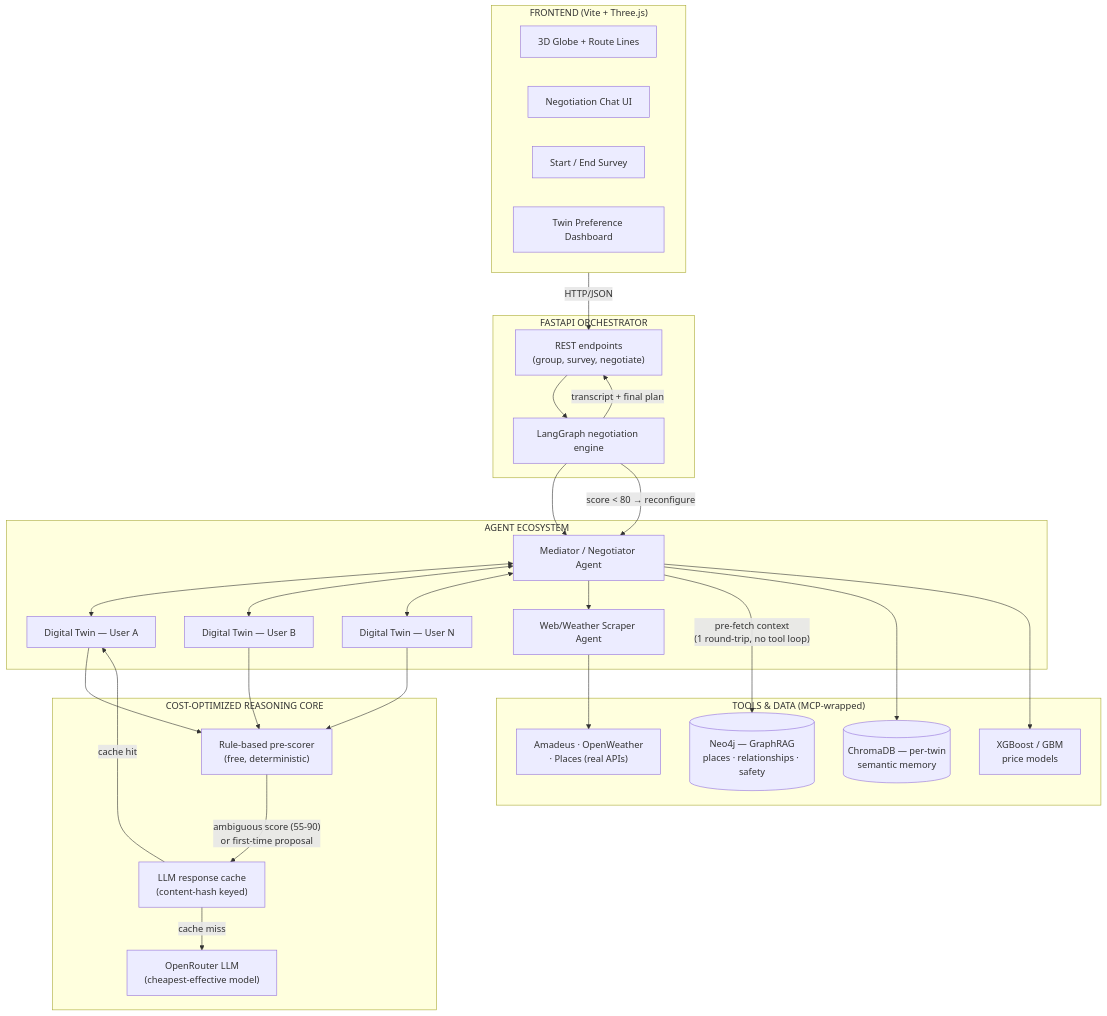
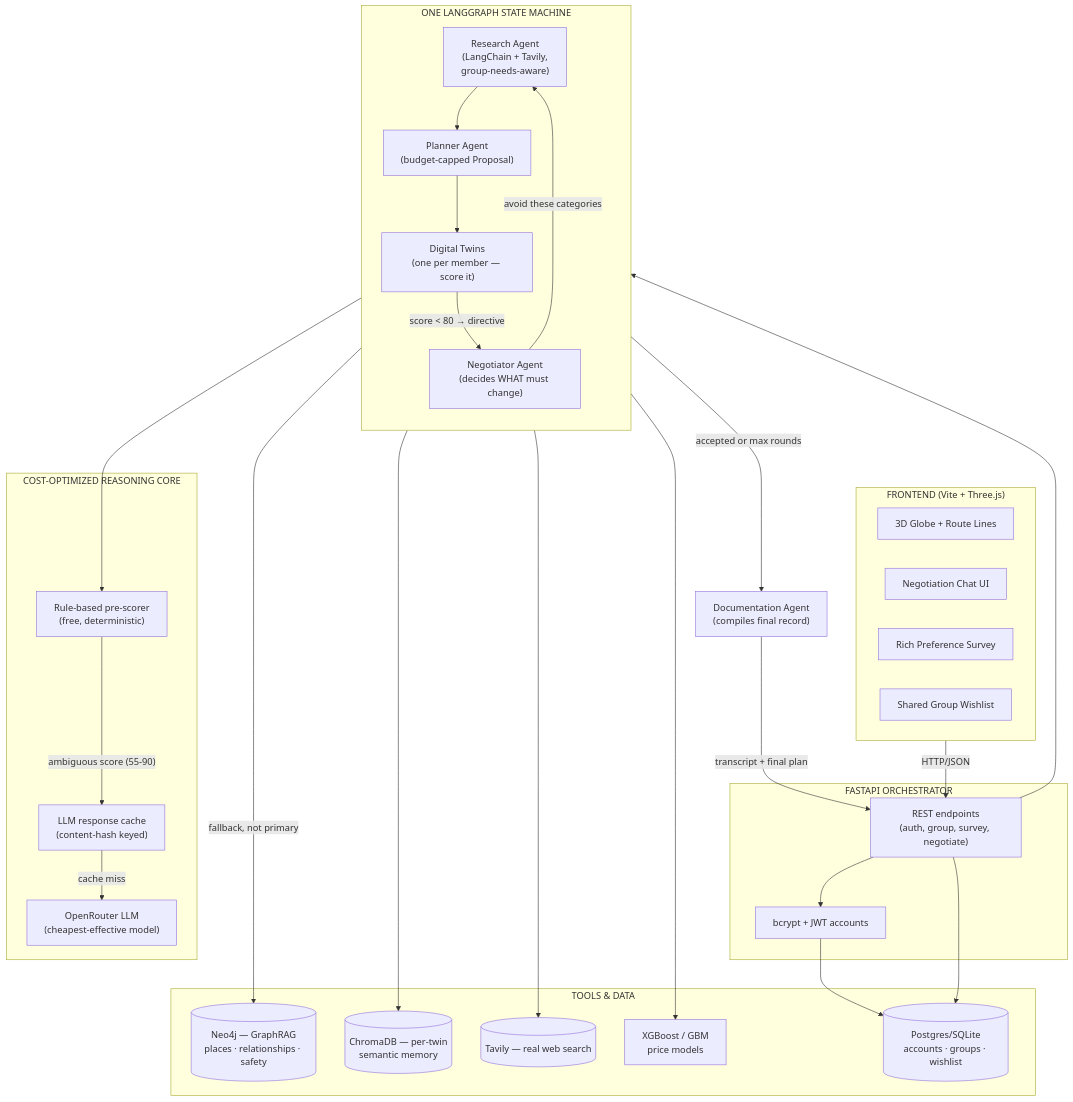
Before and after one commit to dhy-ani/wanderlust-atlas: the diagram in docs/architecture-v2/SYSTEM_ARCHITECTURE.md, drawn with Mermaid. The commit also changed other lines of this file and 16 other files, not shown here.

````diff
--- a/docs/architecture-v2/SYSTEM_ARCHITECTURE.md
+++ b/docs/architecture-v2/SYSTEM_ARCHITECTURE.md
@@ -22,51 +42,56 @@
 ```mermaid
 flowchart TB
     subgraph Client["FRONTEND (Vite + Three.js)"]
         Globe["3D Globe + Route Lines"]
         Chat["Negotiation Chat UI"]
-        Survey["Start / End Survey"]
-        TwinDash["Twin Preference Dashboard"]
+        Survey["Rich Preference Survey"]
+        Wishlist["Shared Group Wishlist"]
     end
 
     subgraph API["FASTAPI ORCHESTRATOR"]
-        REST["REST endpoints\n(group, survey, negotiate)"]
-        Graph["LangGraph negotiation engine"]
+        REST["REST endpoints\n(auth, group, survey, negotiate)"]
+        Auth["bcrypt + JWT accounts"]
     end
 
-    subgraph Agents["AGENT ECOSYSTEM"]
-        Mediator["Mediator / Negotiator Agent"]
-        TwinA["Digital Twin — User A"]
-        TwinB["Digital Twin — User B"]
-        TwinN["Digital Twin — User N"]
-        Scraper["Web/Weather Scraper Agent"]
+    subgraph Graph["ONE LANGGRAPH STATE MACHINE"]
+        direction TB
+        Research["Research Agent\n(LangChain + Tavily,\ngroup-needs-aware)"]
+        Planner["Planner Agent\n(budget-capped Proposal)"]
+        Twins["Digital Twins\n(one per member — score it)"]
+        Negotiator["Negotiator Agent\n(decides WHAT must change)"]
+        Research --> Planner --> Twins
+        Twins -- "score < 80 → directive" --> Negotiator
+        Negotiator -- "avoid these categories" --> Research
     end
+
+    Doc["Documentation Agent\n(compiles final record)"]
 
     subgraph Reasoning["COST-OPTIMIZED REASONING CORE"]
         Rules["Rule-based pre-scorer\n(free, deterministic)"]
         Cache["LLM response cache\n(content-hash keyed)"]
         LLM["OpenRouter LLM\n(cheapest-effective model)"]
     end
 
-    subgraph Data["TOOLS & DATA (MCP-wrapped)"]
+    subgraph Data["TOOLS & DATA"]
         Neo4j[("Neo4j — GraphRAG\nplaces · relationships · safety")]
         Chroma[("ChromaDB — per-twin\nsemantic memory")]
+        Tavily[("Tavily — real web search")]
         ML["XGBoost / GBM\nprice models"]
-        RealAPI["Amadeus · OpenWeather\n· Places (real APIs)"]
+        DB[("Postgres/SQLite\naccounts · groups · wishlist")]
     end
 
     Client -- HTTP/JSON --> REST
+    REST --> Auth
     REST --> Graph
-    Graph --> Mediator
-    Mediator <--> TwinA & TwinB & TwinN
-    Mediator --> Scraper
-    TwinA & TwinB & TwinN --> Rules
-    Rules -- "ambiguous score (55-90)\nor first-time proposal" --> Cache
+    Twins --> Rules
+    Rules -- "ambiguous score (55-90)" --> Cache
     Cache -- "cache miss" --> LLM
-    Cache -- "cache hit" --> TwinA
-    Mediator -- "pre-fetch context\n(1 round-trip, no tool loop)" --> Neo4j
-    Mediator --> Chroma
-    Mediator --> ML
-    Scraper --> RealAPI
-    Graph -- "score < 80 → reconfigure" --> Mediator
-    Graph -- "transcript + final plan" --> REST
+    Research --> Tavily
+    Research -- "fallback, not primary" --> Neo4j
+    Negotiator --> Chroma
+    Planner --> ML
+    Graph -- "accepted or max rounds" --> Doc
+    Doc -- "transcript + final plan" --> REST
+    Auth --> DB
+    REST --> DB
 ```
````
